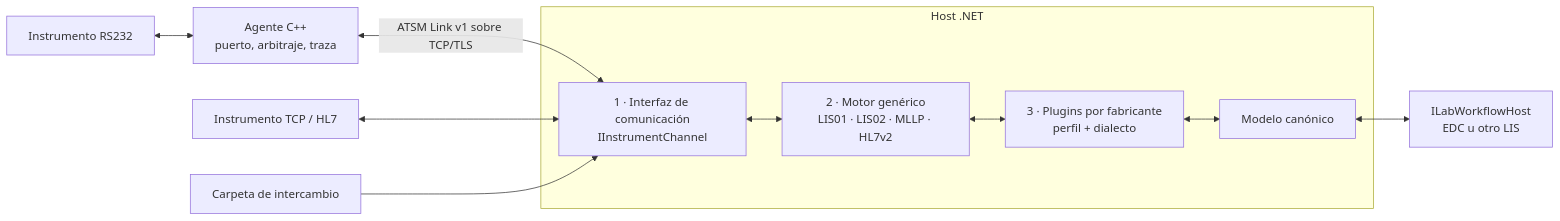
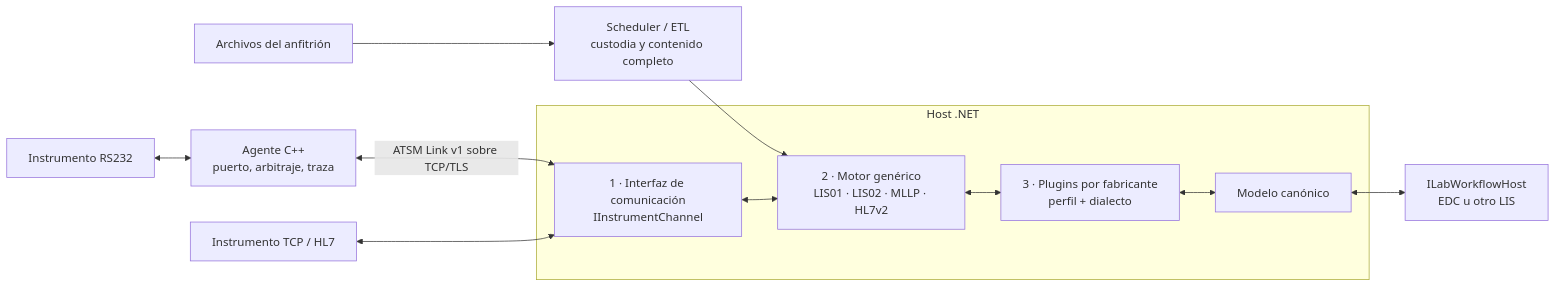
The diagram in Documentacion/README.md (kalyx-ar/ASTM), drawn with Mermaid before and after one commit. The commit also changed other lines of this file and 32 other files, not shown here.

````diff
--- a/Documentacion/README.md
+++ b/Documentacion/README.md
@@ -11,13 +11,14 @@
 ```mermaid
 flowchart LR
     S[Instrumento RS232] <--> G[Agente C++<br/>puerto, arbitraje, traza]
     G <-->|ATSM Link v1 sobre TCP/TLS| C
     N[Instrumento TCP / HL7] <--> C
-    F[Carpeta de intercambio] --> C
+    F[Archivos del anfitrión] --> E[Scheduler / ETL<br/>custodia y contenido completo]
+    E --> M
     subgraph Host .NET
       C[1 · Interfaz de comunicación<br/>IInstrumentChannel] <--> M[2 · Motor genérico<br/>LIS01 · LIS02 · MLLP · HL7v2]
       M <--> P[3 · Plugins por fabricante<br/>perfil + dialecto]
       P <--> K[Modelo canónico]
     end
     K <--> H[ILabWorkflowHost<br/>EDC u otro LIS]
 ```
````
